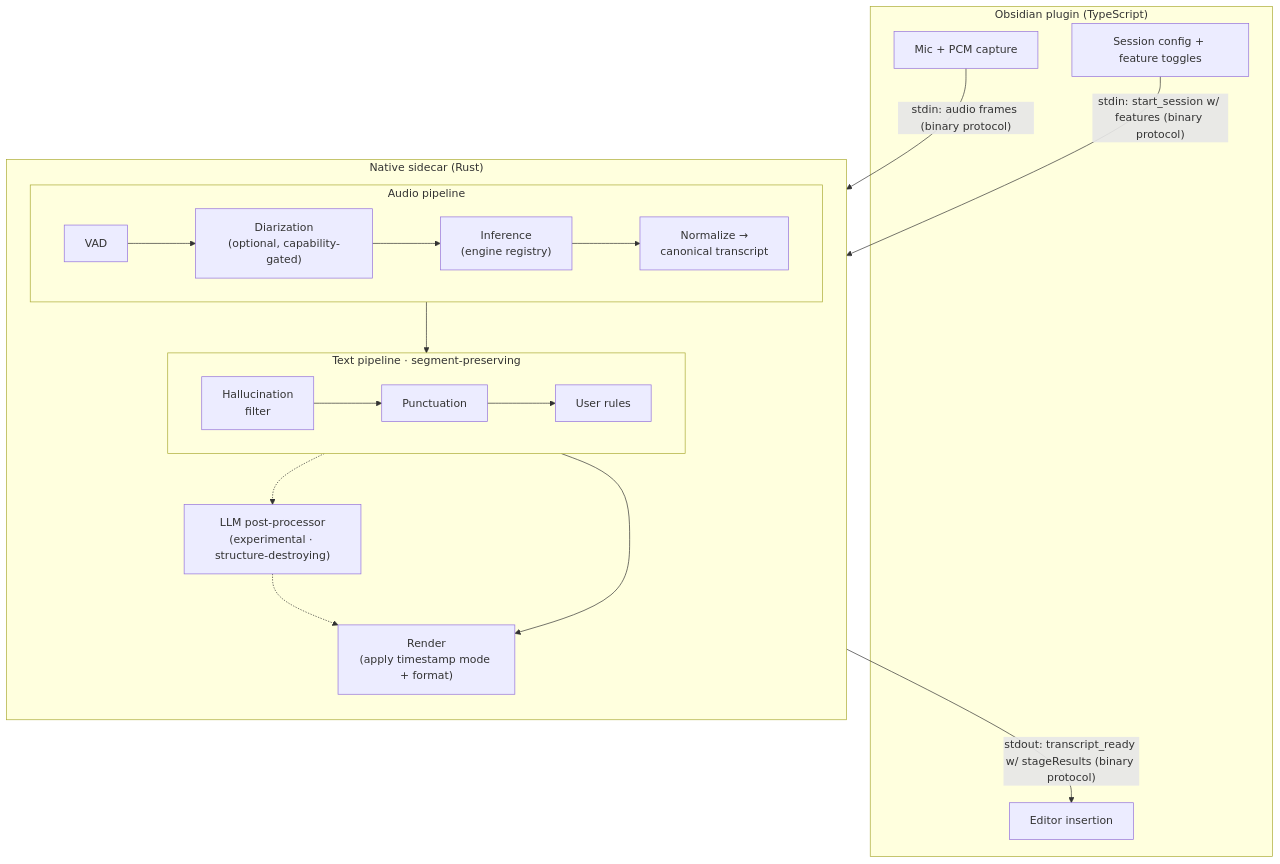
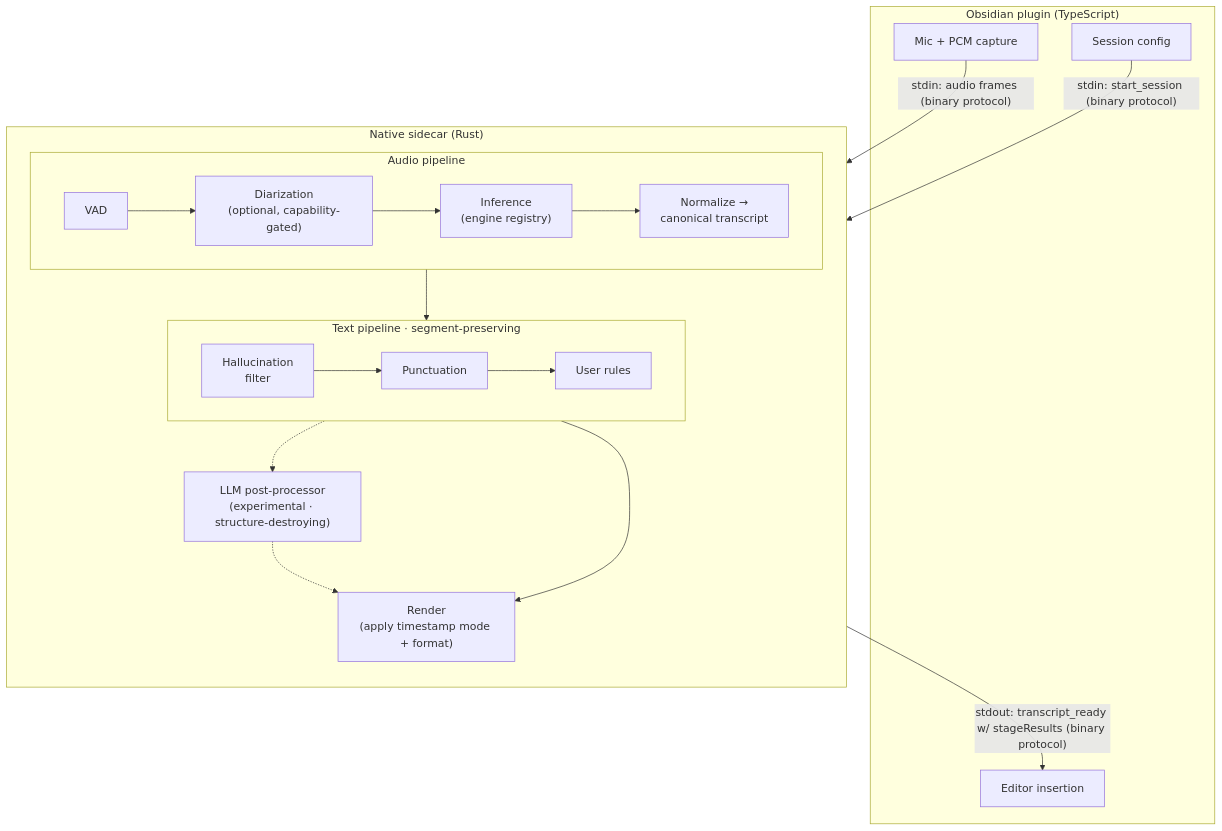
Before and after one commit to brittain9/obsidian-local-speech-to-text: the second of 7 diagrams in docs/system-architecture.md, drawn with Mermaid. The commit also changed other lines of this file and 28 other files, not shown here.

````diff
--- a/docs/system-architecture.md
+++ b/docs/system-architecture.md
@@ -34,33 +34,33 @@
 ```mermaid
 flowchart TB
     subgraph Plugin ["Obsidian plugin (TypeScript)"]
         MIC["Mic + PCM capture"]
-        CFG["Session config + feature toggles"]
+        CFG["Session config"]
         EDIT["Editor insertion"]
     end
 
     subgraph Sidecar ["Native sidecar (Rust)"]
         direction TB
 
         subgraph Audio ["Audio pipeline"]
             direction LR
             VAD["VAD"] --> DIA["Diarization<br/>(optional, capability-gated)"] --> INF["Inference<br/>(engine registry)"] --> NORM["Normalize →<br/>canonical transcript"]
         end
 
         subgraph Text ["Text pipeline · segment-preserving"]
             direction LR
             FILT["Hallucination<br/>filter"] --> PUNCT["Punctuation"] --> RULES["User rules"]
         end
 
         LLM["LLM post-processor<br/>(experimental · structure-destroying)"]
         RENDER["Render<br/>(apply timestamp mode + format)"]
 
         NORM --> FILT
         RULES --> RENDER
         RULES -.-> LLM -.-> RENDER
     end
 
     MIC -->|"stdin: audio frames (binary protocol)"| VAD
-    CFG -->|"stdin: start_session w/ features (binary protocol)"| VAD
+    CFG -->|"stdin: start_session (binary protocol)"| VAD
     RENDER -->|"stdout: transcript_ready w/ stageResults (binary protocol)"| EDIT
 ```
````
